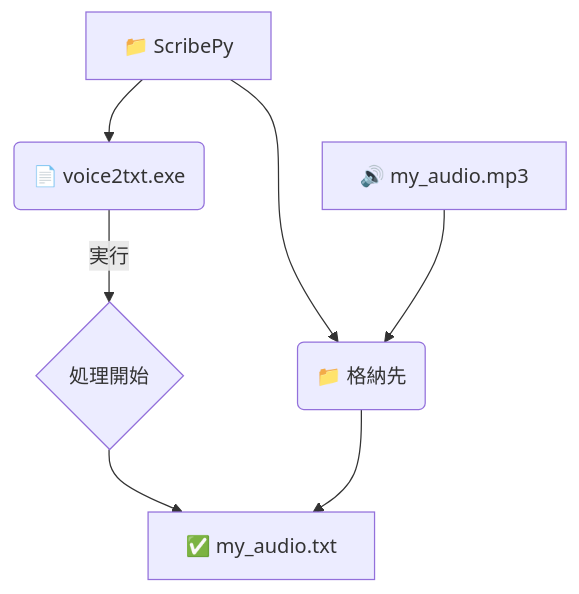
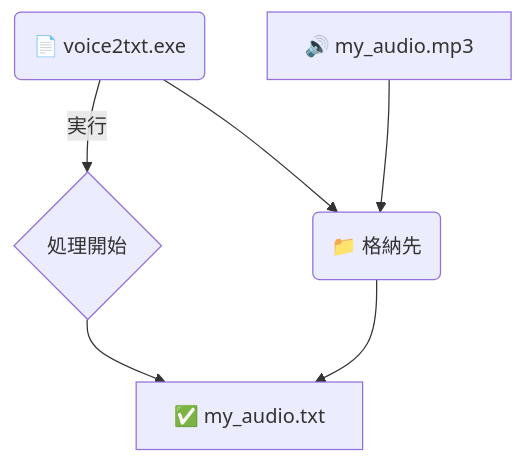
One commit to qack-dev/ScribePy changed the diagram in README.md. Above: the diagram before and after it, drawn with Mermaid.

````diff
--- a/README.md
+++ b/README.md
@@ -24,9 +24,9 @@
 ```mermaid
 graph TD
-    A[📁 ScribePy] --> B(📄 voice2txt.exe);
-    A --> C(📁 格納先);
+    B(📄 voice2txt.exe);
+    B --> C(📁 格納先);
     D[🔊 my_audio.mp3] --> C;
     B -- 実行 --> E{処理開始};
     E --> F[✅ my_audio.txt];
     C --> F;
 ```
````
